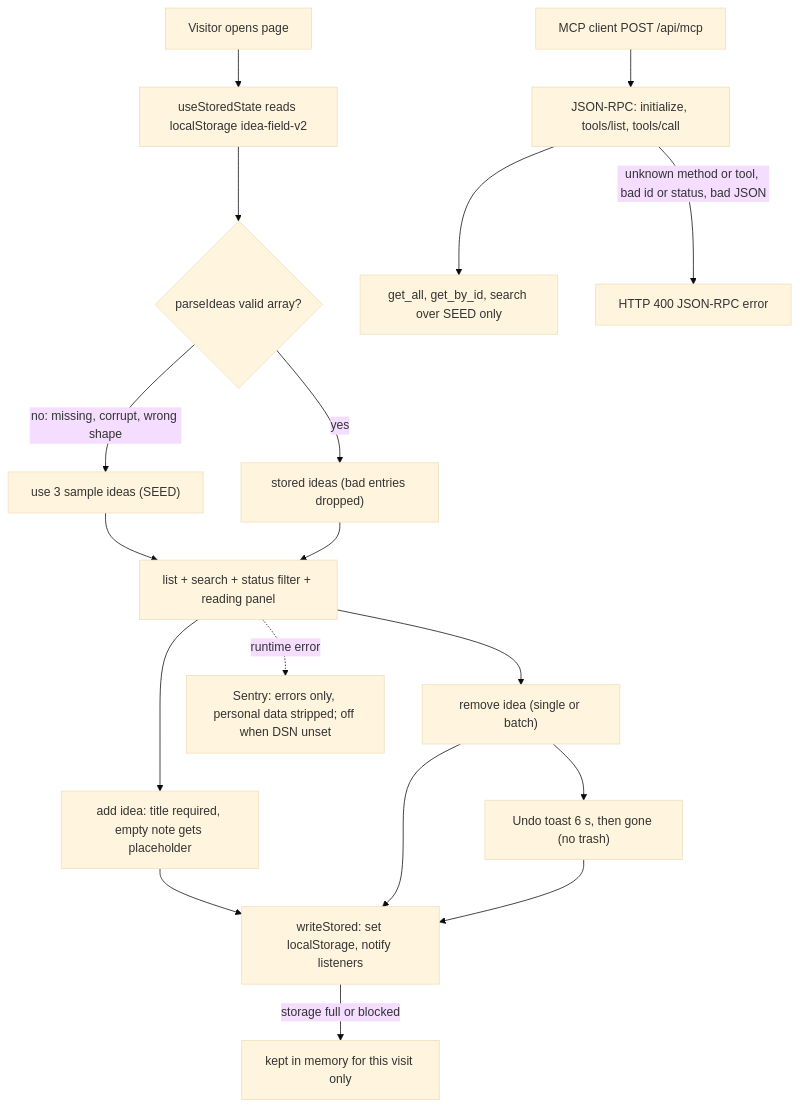
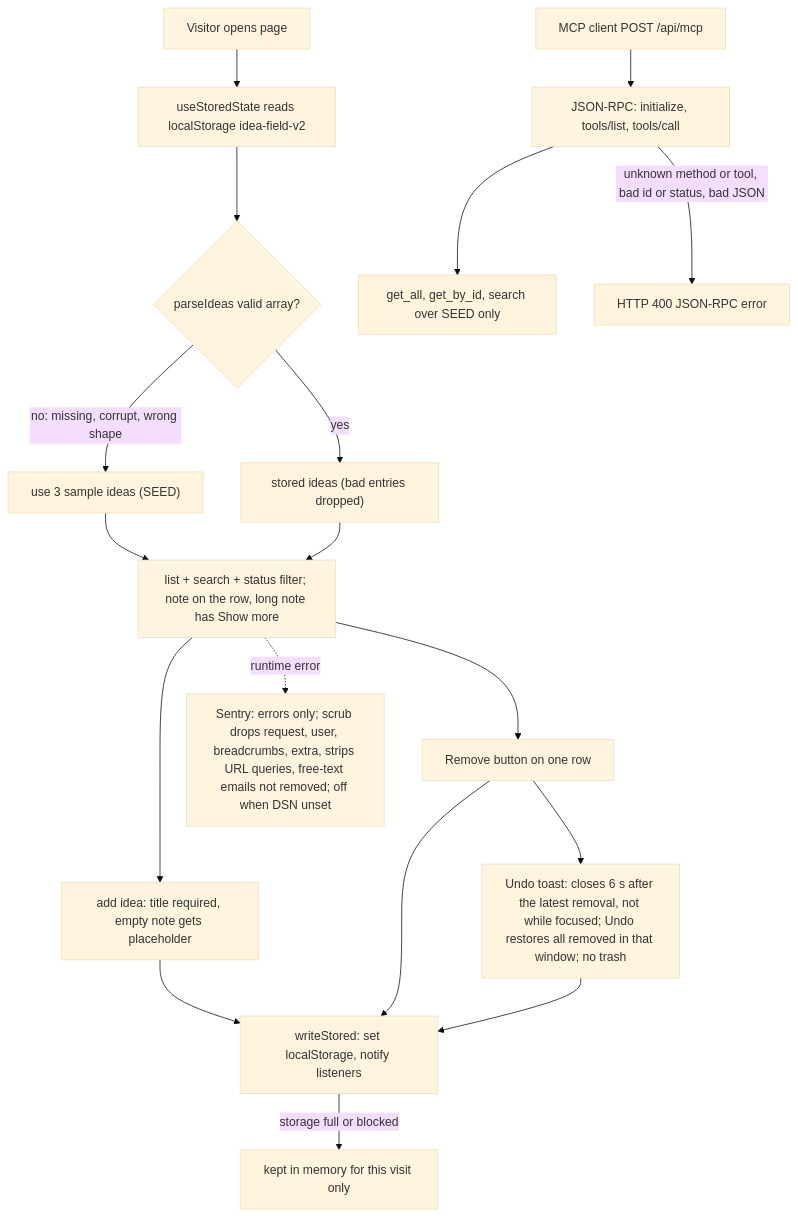
Before and after one commit to bookchaowalit-website/productivity-ideas-web: the diagram in docs/diagrams/01-business-process.md, drawn with Mermaid (base theme). The commit also changed other lines of this file, not shown here.

Commit message:
docs: correct As-Is/To-Be facts from review (01-business-process)

````diff
--- a/docs/diagrams/01-business-process.md
+++ b/docs/diagrams/01-business-process.md
@@ -9,20 +9,20 @@
 ```mermaid
 flowchart TD
   V["Visitor opens page"] --> LOAD["useStoredState reads localStorage idea-field-v2"]
   LOAD --> OK{"parseIdeas valid array?"}
   OK -->|"no: missing, corrupt, wrong shape"| SEED["use 3 sample ideas (SEED)"]
   OK -->|yes| IDEAS["stored ideas (bad entries dropped)"]
-  SEED --> VIEW["list + search + status filter + reading panel"]
+  SEED --> VIEW["list + search + status filter; note on the row, long note has Show more"]
   IDEAS --> VIEW
   VIEW --> ADD["add idea: title required, empty note gets placeholder"]
-  VIEW --> RM["remove idea (single or batch)"]
+  VIEW --> RM["Remove button on one row"]
   ADD --> WRITE["writeStored: set localStorage, notify listeners"]
   RM --> WRITE
-  RM --> UNDO["Undo toast 6 s, then gone (no trash)"]
+  RM --> UNDO["Undo toast: closes 6 s after the latest removal, not while focused; Undo restores all removed in that window; no trash"]
   UNDO --> WRITE
   WRITE -->|"storage full or blocked"| MEM["kept in memory for this visit only"]
   AGENT["MCP client POST /api/mcp"] --> RPC["JSON-RPC: initialize, tools/list, tools/call"]
   RPC --> TOOLS["get_all, get_by_id, search over SEED only"]
   RPC -->|"unknown method or tool, bad id or status, bad JSON"| ERR["HTTP 400 JSON-RPC error"]
-  VIEW -.->|"runtime error"| SENTRY["Sentry: errors only, personal data stripped; off when DSN unset"]
+  VIEW -.->|"runtime error"| SENTRY["Sentry: errors only; scrub drops request, user, breadcrumbs, extra, strips URL queries, free-text emails not removed; off when DSN unset"]
 ```
````
